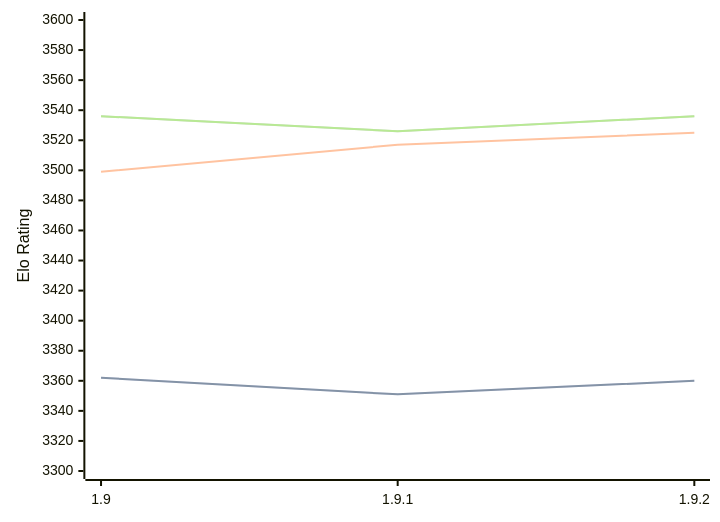
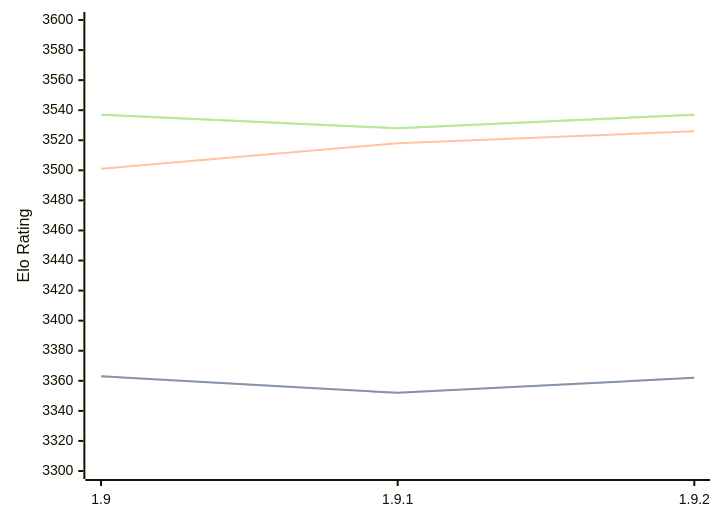
The third of 3 diagrams in engines/Pawnocchio.md (computer-chess-index/cci), drawn with Mermaid before and after one commit. The commit also changed other lines of this file, not shown here.

Commit message:
Update CCI Ratings (ELO VLTC) - 2026-06-30

````diff
--- a/engines/Pawnocchio.md
+++ b/engines/Pawnocchio.md
@@ -81,11 +83,11 @@
 ```mermaid
 %%{init: {"theme":"base","themeVariables":{"seriesColors:['#a3a3a3','#222221','#faa371']}}}%%
 xychart-beta
   x-axis ["1.9", "1.9.1", "1.9.2"]
   y-axis "Elo Rating" 3300 --> 3600
-  line "STC (8.0+0.08s)" [3362, 3351, 3360]
-  line "STC (8.0+0.08s)" [3362, 3351, 3360]
-  line "LTC (60.0+0.60s)" [3499, 3517, 3525]
-  line "VLTC (2m24s+1.12s)" [3536, 3526, 3536]
-  line "VLTC (2m24s+1.12s)" [3536, 3526, 3536]
+  line "STC (8.0+0.08s)" [3363, 3352, 3362]
+  line "STC (8.0+0.08s)" [3363, 3352, 3362]
+  line "LTC (60.0+0.60s)" [3501, 3518, 3526]
+  line "VLTC (2m24s+1.12s)" [3537, 3528, 3537]
+  line "VLTC (2m24s+1.12s)" [3537, 3528, 3537]
 ```
````
